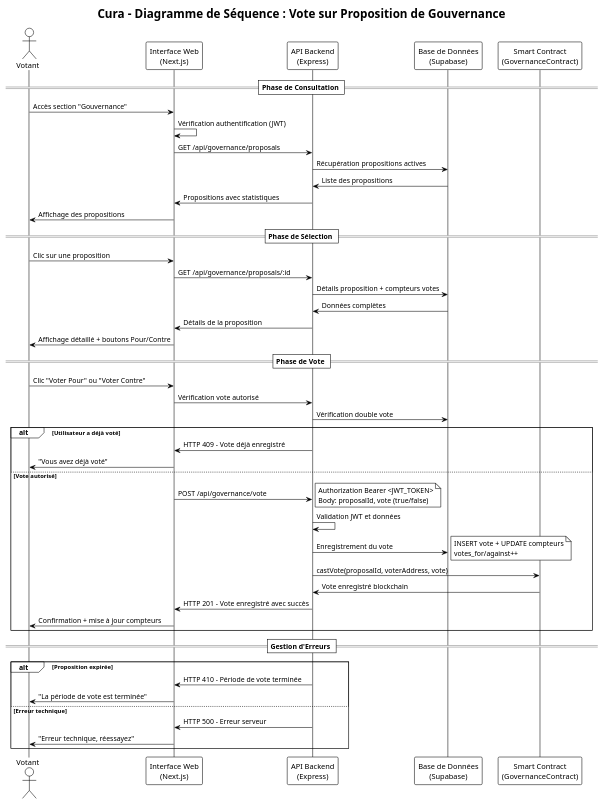
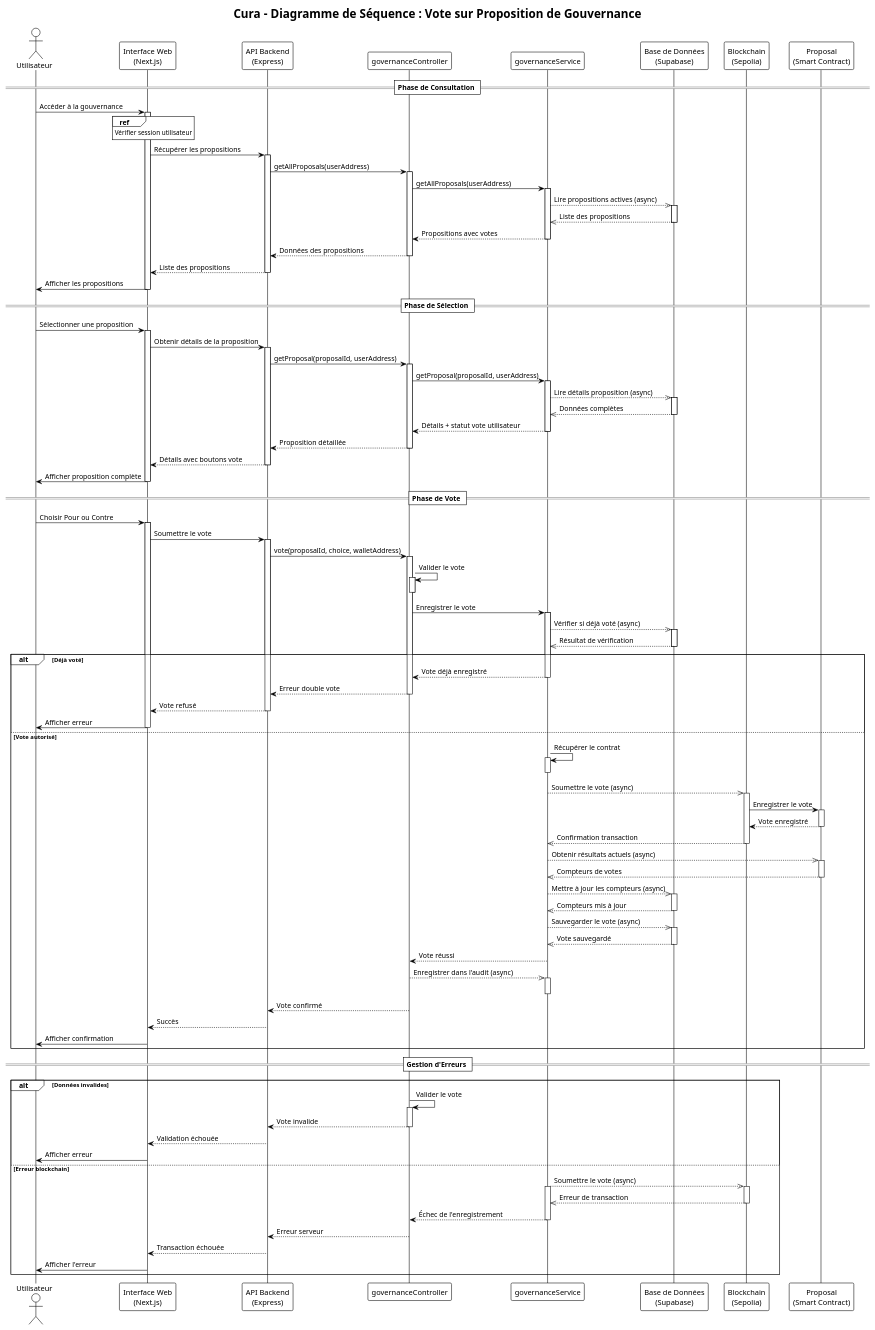
One commit to monark-community/zk-medical-data-exchange changed the diagram in docs/sequence-diagrams/governance-voting-sequence.puml. Above: the diagram before and after it, drawn with PlantUML. The commit also changed 11 other files, not shown here.

Commit message:
feat: Update sequence diagrams

```diff
--- a/docs/sequence-diagrams/governance-voting-sequence.puml
+++ b/docs/sequence-diagrams/governance-voting-sequence.puml
@@ -1,68 +1,154 @@
 @startuml Governance_Voting_Sequence
 !theme plain
 
 title Cura - Diagramme de Séquence : Vote sur Proposition de Gouvernance
 
-actor "Votant" as Voter
+actor "Utilisateur" as User
 participant "Interface Web\n(Next.js)" as Frontend
 participant "API Backend\n(Express)" as Backend
+participant "governanceController" as Controller
+participant "governanceService" as Service
 participant "Base de Données\n(Supabase)" as Database
-participant "Smart Contract\n(GovernanceContract)" as GovernanceContract
+participant "Blockchain\n(Sepolia)" as Blockchain
+participant "Proposal\n(Smart Contract)" as ProposalContract
 
 == Phase de Consultation ==
-Voter -> Frontend : Accès section "Gouvernance"
-Frontend -> Frontend : Vérification authentification (JWT)
-Frontend -> Backend : GET /api/governance/proposals
-Backend -> Database : Récupération propositions actives
-Database -> Backend : Liste des propositions
-Backend -> Frontend : Propositions avec statistiques
-Frontend -> Voter : Affichage des propositions
+User -> Frontend : Accéder à la gouvernance
+activate Frontend
+ref over Frontend : Vérifier session utilisateur
+Frontend -> Backend : Récupérer les propositions
+activate Backend
+Backend -> Controller : getAllProposals(userAddress)
+activate Controller
+Controller -> Service : getAllProposals(userAddress)
+activate Service
+Service -->> Database : Lire propositions actives (async)
+activate Database
+Database -->> Service : Liste des propositions
+deactivate Database
+Service --> Controller : Propositions avec votes
+deactivate Service
+Controller --> Backend : Données des propositions
+deactivate Controller
+Backend --> Frontend : Liste des propositions
+deactivate Backend
+Frontend -> User : Afficher les propositions
+deactivate Frontend
 
 == Phase de Sélection ==
-Voter -> Frontend : Clic sur une proposition
-Frontend -> Backend : GET /api/governance/proposals/:id
-Backend -> Database : Détails proposition + compteurs votes
-Database -> Backend : Données complètes
-Backend -> Frontend : Détails de la proposition
-Frontend -> Voter : Affichage détaillé + boutons Pour/Contre
+User -> Frontend : Sélectionner une proposition
+activate Frontend
+Frontend -> Backend : Obtenir détails de la proposition
+activate Backend
+Backend -> Controller : getProposal(proposalId, userAddress)
+activate Controller
+Controller -> Service : getProposal(proposalId, userAddress)
+activate Service
+Service -->> Database : Lire détails proposition (async)
+activate Database
+Database -->> Service : Données complètes
+deactivate Database
+Service --> Controller : Détails + statut vote utilisateur
+deactivate Service
+Controller --> Backend : Proposition détaillée
+deactivate Controller
+Backend --> Frontend : Détails avec boutons vote
+deactivate Backend
+Frontend -> User : Afficher proposition complète
+deactivate Frontend
 
 == Phase de Vote ==
-Voter -> Frontend : Clic "Voter Pour" ou "Voter Contre"
-Frontend -> Backend : Vérification vote autorisé
-Backend -> Database : Vérification double vote
+User -> Frontend : Choisir Pour ou Contre
+activate Frontend
+Frontend -> Backend : Soumettre le vote
+activate Backend
+Backend -> Controller : vote(proposalId, choice, walletAddress)
+activate Controller
 
-alt Utilisateur a déjà voté
-    Backend -> Frontend : HTTP 409 - Vote déjà enregistré
-    Frontend -> Voter : "Vous avez déjà voté"
+Controller -> Controller : Valider le vote
+activate Controller
+deactivate Controller
+
+Controller -> Service : Enregistrer le vote
+activate Service
+
+Service -->> Database : Vérifier si déjà voté (async)
+activate Database
+Database -->> Service : Résultat de vérification
+deactivate Database
+
+alt Déjà voté
+    Service --> Controller : Vote déjà enregistré
+    deactivate Service
+    Controller --> Backend : Erreur double vote
+    deactivate Controller
+    Backend --> Frontend : Vote refusé
+    deactivate Backend
+    Frontend -> User : Afficher erreur
+    deactivate Frontend
 else Vote autorisé
-    Frontend -> Backend : POST /api/governance/vote
-    note right
-    Authorization Bearer <JWT_TOKEN>
-    Body: proposalId, vote (true/false)
-    end note
+    Service -> Service : Récupérer le contrat
+    activate Service
+    deactivate Service
     
-    Backend -> Backend : Validation JWT et données
+    Service -->> Blockchain : Soumettre le vote (async)
+    activate Blockchain
+    Blockchain -> ProposalContract : Enregistrer le vote
+    activate ProposalContract
+    ProposalContract --> Blockchain : Vote enregistré
+    deactivate ProposalContract
+    Blockchain -->> Service : Confirmation transaction
+    deactivate Blockchain
     
-    Backend -> Database : Enregistrement du vote
-    note right
-    INSERT vote + UPDATE compteurs
-    votes_for/against++
-    end note
+    Service -->> ProposalContract : Obtenir résultats actuels (async)
+    activate ProposalContract
+    ProposalContract -->> Service : Compteurs de votes
+    deactivate ProposalContract
     
-    Backend -> GovernanceContract : castVote(proposalId, voterAddress, vote)
-    GovernanceContract -> Backend : Vote enregistré blockchain
+    Service -->> Database : Mettre à jour les compteurs (async)
+    activate Database
+    Database -->> Service : Compteurs mis à jour
+    deactivate Database
     
-    Backend -> Frontend : HTTP 201 - Vote enregistré avec succès
-    Frontend -> Voter : Confirmation + mise à jour compteurs
+    Service -->> Database : Sauvegarder le vote (async)
+    activate Database
+    Database -->> Service : Vote sauvegardé
+    deactivate Database
+    
+    Service --> Controller : Vote réussi
+    deactivate Service
+    
+    Controller -->> Service : Enregistrer dans l'audit (async)
+    activate Service
+    deactivate Service
+    
+    Controller --> Backend : Vote confirmé
+    deactivate Controller
+    Backend --> Frontend : Succès
+    deactivate Backend
+    Frontend -> User : Afficher confirmation
+    deactivate Frontend
 end
 
 == Gestion d'Erreurs ==
-alt Proposition expirée
-    Backend -> Frontend : HTTP 410 - Période de vote terminée
-    Frontend -> Voter : "La période de vote est terminée"
-else Erreur technique
-    Backend -> Frontend : HTTP 500 - Erreur serveur
-    Frontend -> Voter : "Erreur technique, réessayez"
+alt Données invalides
+    Controller -> Controller : Valider le vote
+    activate Controller
+    Controller --> Backend : Vote invalide
+    deactivate Controller
+    Backend --> Frontend : Validation échouée
+    Frontend -> User : Afficher erreur
+else Erreur blockchain
+    Service -->> Blockchain : Soumettre le vote (async)
+    activate Service
+    activate Blockchain
+    Blockchain -->> Service : Erreur de transaction
+    deactivate Blockchain
+    Service --> Controller : Échec de l'enregistrement
+    deactivate Service
+    Controller --> Backend : Erreur serveur
+    Backend --> Frontend : Transaction échouée
+    Frontend -> User : Afficher l'erreur
 end
 
 @enduml
```
